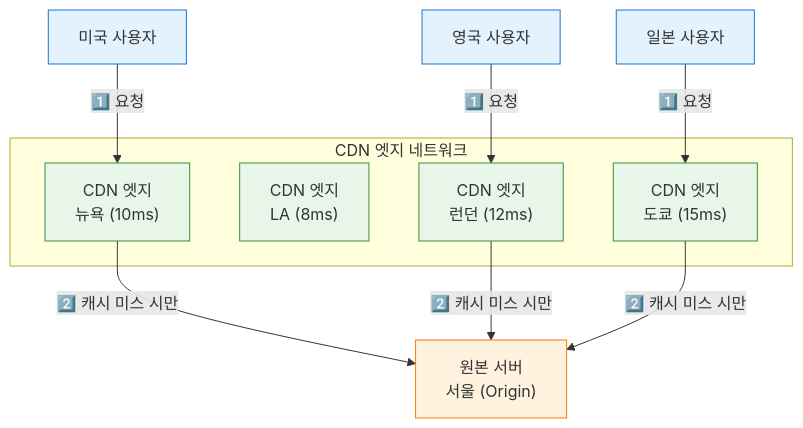
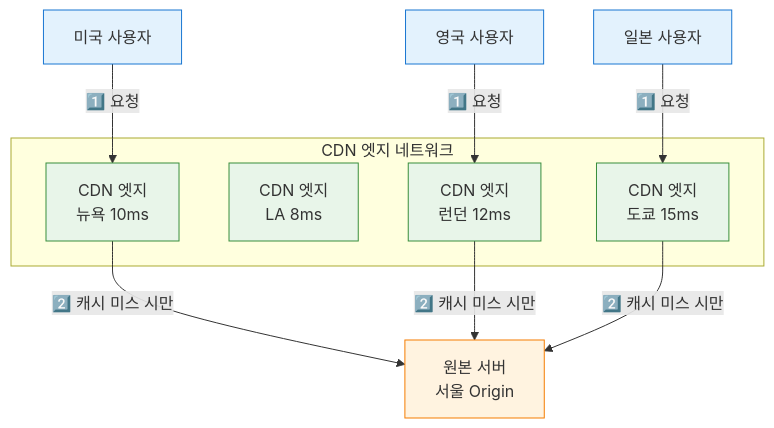
One commit to yjkim2015/yjkim2015.github.io changed diagram 12 of 17 in _posts/systemdesign/2026-05-02-system-design-fundamentals.md. Above: the diagram before and after it, drawn with Mermaid. The commit also changed other lines of this file and 92 other files, not shown here.

First line of the commit message:
Major quality rewrite: 98 files, Mermaid fix, extreme-scenario component

```diff
--- a/_posts/systemdesign/2026-05-02-system-design-fundamentals.md
+++ b/_posts/systemdesign/2026-05-02-system-design-fundamentals.md
@@ -572,25 +567,25 @@
 <div class="mermaid">
 graph TD
-    Origin["원본 서버\n서울 (Origin)"]
+    Origin["원본 서버\n서울 Origin"]
     subgraph "CDN 엣지 네트워크"
-        CDN_NY["CDN 엣지\n뉴욕 (10ms)"]
-        CDN_LA["CDN 엣지\nLA (8ms)"]
-        CDN_London["CDN 엣지\n런던 (12ms)"]
-        CDN_Tokyo["CDN 엣지\n도쿄 (15ms)"]
+        CDN_NY["CDN 엣지\n뉴욕 10ms"]
+        CDN_LA["CDN 엣지\nLA 8ms"]
+        CDN_London["CDN 엣지\n런던 12ms"]
+        CDN_Tokyo["CDN 엣지\n도쿄 15ms"]
     end
 
     U_US["미국 사용자"] -->|"1️⃣ 요청"| CDN_NY
     U_UK["영국 사용자"] -->|"1️⃣ 요청"| CDN_London
     U_JP["일본 사용자"] -->|"1️⃣ 요청"| CDN_Tokyo
 
     CDN_NY -->|"2️⃣ 캐시 미스 시만"| Origin
     CDN_London -->|"2️⃣ 캐시 미스 시만"| Origin
     CDN_Tokyo -->|"2️⃣ 캐시 미스 시만"| Origin
 
     classDef client fill:#e3f2fd,stroke:#1976d2
     classDef server fill:#e8f5e9,stroke:#388e3c
     classDef db fill:#fff3e0,stroke:#f57c00
     class U_US,U_UK,U_JP client
     class CDN_NY,CDN_LA,CDN_London,CDN_Tokyo server
     class Origin db
 </div>
```
